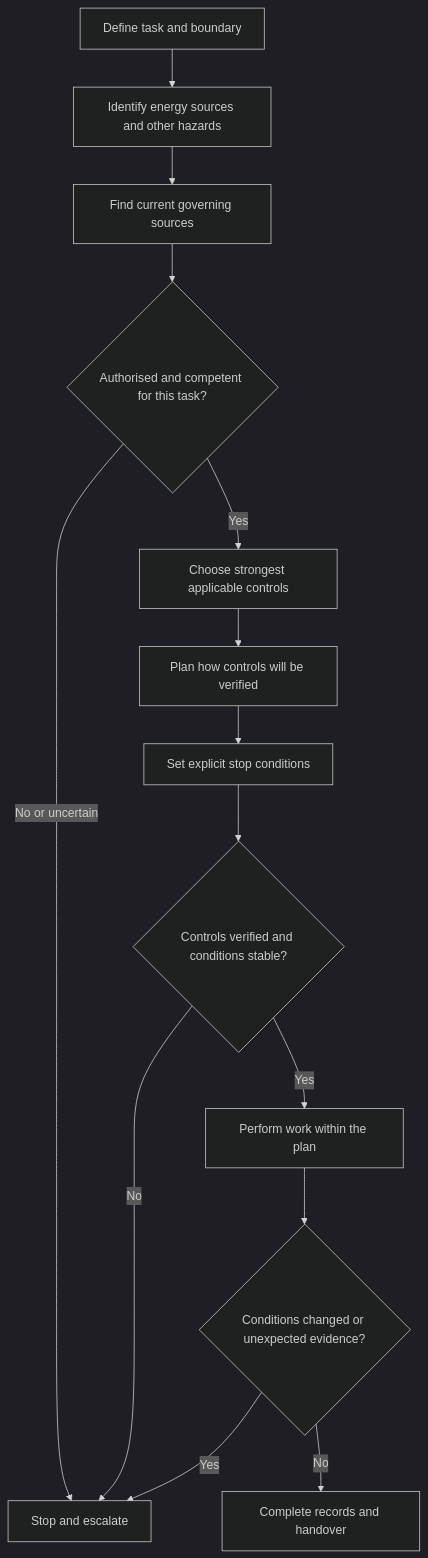
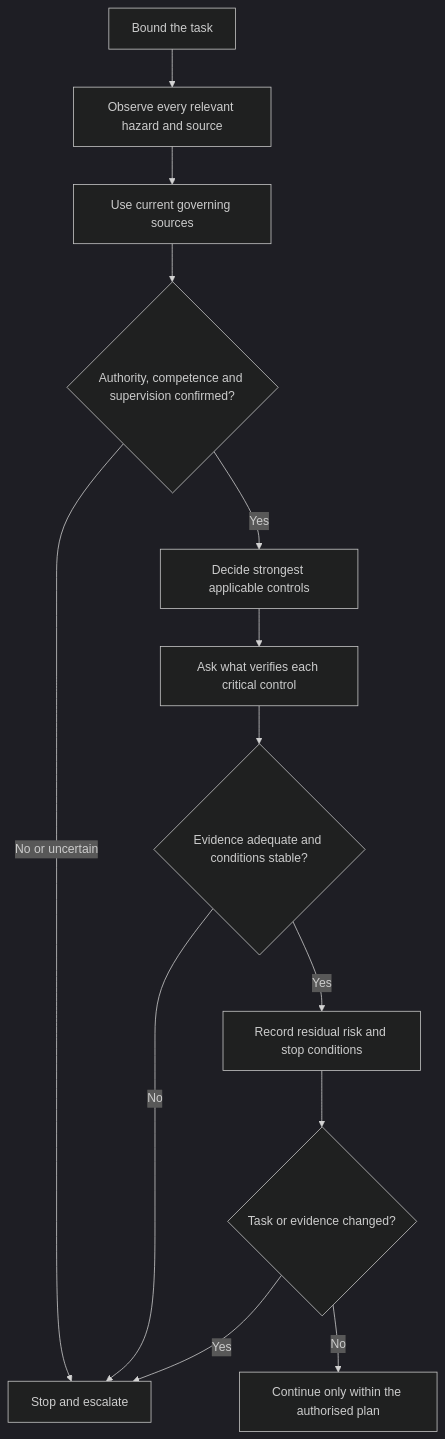
The first of 2 diagrams in docs/learning-plans/4-week/modules/day-02-fundamental-safety-principles.md (andrew3stedall/capstone), drawn with Mermaid (dark theme) before and after one commit. The commit also changed other lines of this file, not shown here.

````diff
--- a/docs/learning-plans/4-week/modules/day-02-fundamental-safety-principles.md
+++ b/docs/learning-plans/4-week/modules/day-02-fundamental-safety-principles.md
@@ -148,16 +145,15 @@
 ```mermaid
 flowchart TD
-    A["Define task and boundary"] --> B["Identify energy sources and other hazards"]
-    B --> C["Find current governing sources"]
-    C --> D{"Authorised and competent for this task?"}
-    D -->|"No or uncertain"| E["Stop and escalate"]
-    D -->|"Yes"| F["Choose strongest applicable controls"]
-    F --> G["Plan how controls will be verified"]
-    G --> H["Set explicit stop conditions"]
-    H --> I{"Controls verified and conditions stable?"}
-    I -->|"No"| E
-    I -->|"Yes"| J["Perform work within the plan"]
-    J --> K{"Conditions changed or unexpected evidence?"}
-    K -->|"Yes"| E
-    K -->|"No"| L["Complete records and handover"]
+    A["Bound the task"] --> B["Observe every relevant hazard and source"]
+    B --> C["Use current governing sources"]
+    C --> D{"Authority, competence and supervision confirmed?"}
+    D -->|"No or uncertain"| X["Stop and escalate"]
+    D -->|"Yes"| E["Decide strongest applicable controls"]
+    E --> F["Ask what verifies each critical control"]
+    F --> G{"Evidence adequate and conditions stable?"}
+    G -->|"No"| X
+    G -->|"Yes"| H["Record residual risk and stop conditions"]
+    H --> I{"Task or evidence changed?"}
+    I -->|"Yes"| X
+    I -->|"No"| J["Continue only within the authorised plan"]
 ```
````
